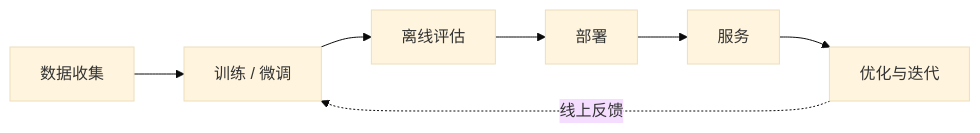
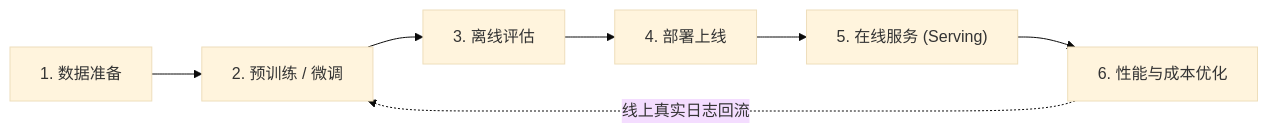
One commit to zrpxx/hands-on-llm-serving-opt changed the first of 2 diagrams in stage0/01-serving-landscape.md. Above: the diagram before and after it, drawn with Mermaid (base theme). The commit also changed other lines of this file and 22 other files, not shown here.

````diff
--- a/stage0/01-serving-landscape.md
+++ b/stage0/01-serving-landscape.md
@@ -25,5 +35,5 @@
 ```mermaid
 flowchart LR
-  A[数据收集] --> B[训练 / 微调] --> C[离线评估] --> D[部署] --> E[服务] --> F[优化与迭代]
-  F -. 线上反馈 .-> B
+  A["1. 数据准备"] --> B["2. 预训练 / 微调"] --> C["3. 离线评估"] --> D["4. 部署上线"] --> E["5. 在线服务 (Serving)"] --> F["6. 性能与成本优化"]
+  F -. "线上真实日志回流" .-> B
 ```
````
